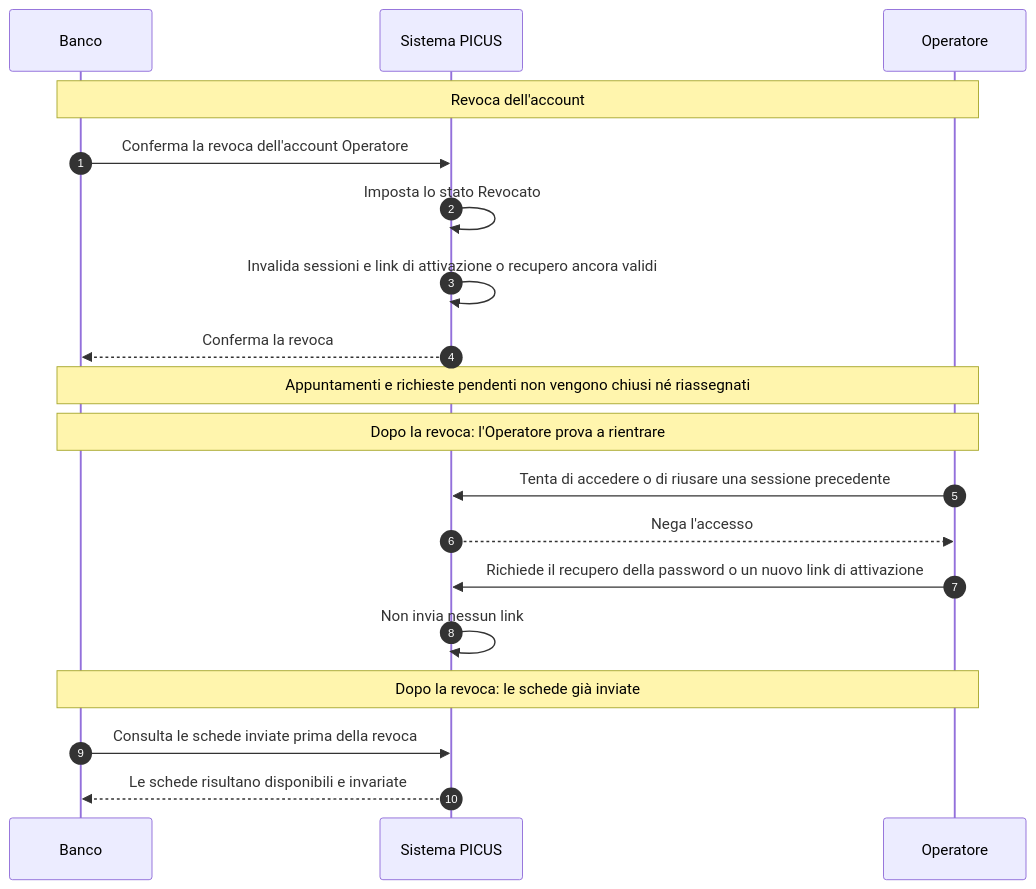
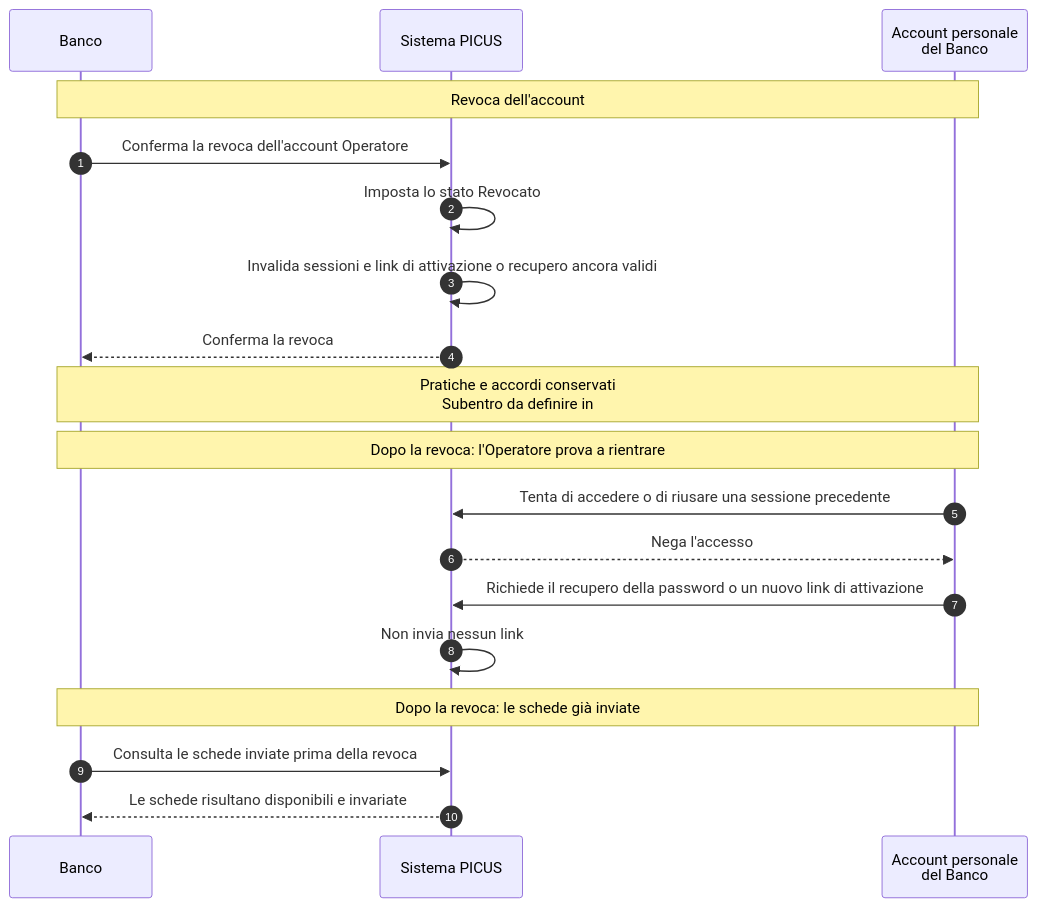
One commit to Pinguini-alla-Fragola/Progetto-SAD changed the diagram in docs/requirements/diagrams/iam/IAM-30-revoca-operatore.mmd. Above: the diagram before and after it, drawn with Mermaid. The commit also changed 32 other files, not shown here.

```diff
--- a/docs/requirements/diagrams/iam/IAM-30-revoca-operatore.mmd
+++ b/docs/requirements/diagrams/iam/IAM-30-revoca-operatore.mmd
@@ -1,22 +1,22 @@
 %% IAM-30 v0.1 - 31/10/2026
-%% Storia #30: revoca dell'account di un Operatore accreditato.
+%% Storia #30: revoca dell'account personale di un interno o esterno pagato dal Banco.
 sequenceDiagram
     autonumber
     participant B as Banco
     participant S as Sistema PICUS
-    participant O as Operatore
+    participant O as Account personale<br/>del Banco
 
     Note over B,O: Revoca dell'account
     B->>S: Conferma la revoca dell'account Operatore
     S->>S: Imposta lo stato Revocato
     S->>S: Invalida sessioni e link di attivazione o recupero ancora validi
     S-->>B: Conferma la revoca
-    Note over B,O: Appuntamenti e richieste pendenti non vengono chiusi né riassegnati
+    Note over B,O: Pratiche e accordi conservati<br/>Subentro da definire in #67
     Note over B,O: Dopo la revoca: l'Operatore prova a rientrare
     O->>S: Tenta di accedere o di riusare una sessione precedente
     S-->>O: Nega l'accesso
     O->>S: Richiede il recupero della password o un nuovo link di attivazione
     S->>S: Non invia nessun link
     Note over B,O: Dopo la revoca: le schede già inviate
     B->>S: Consulta le schede inviate prima della revoca
     S-->>B: Le schede risultano disponibili e invariate
```
